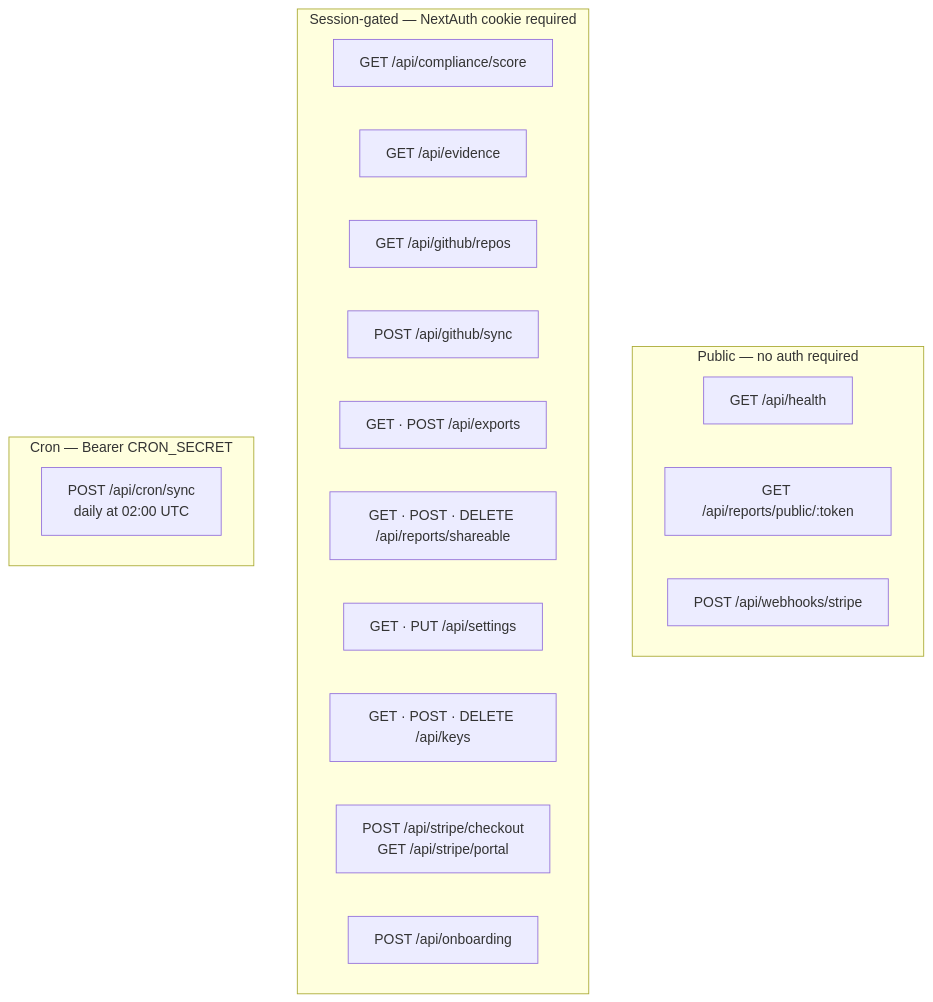
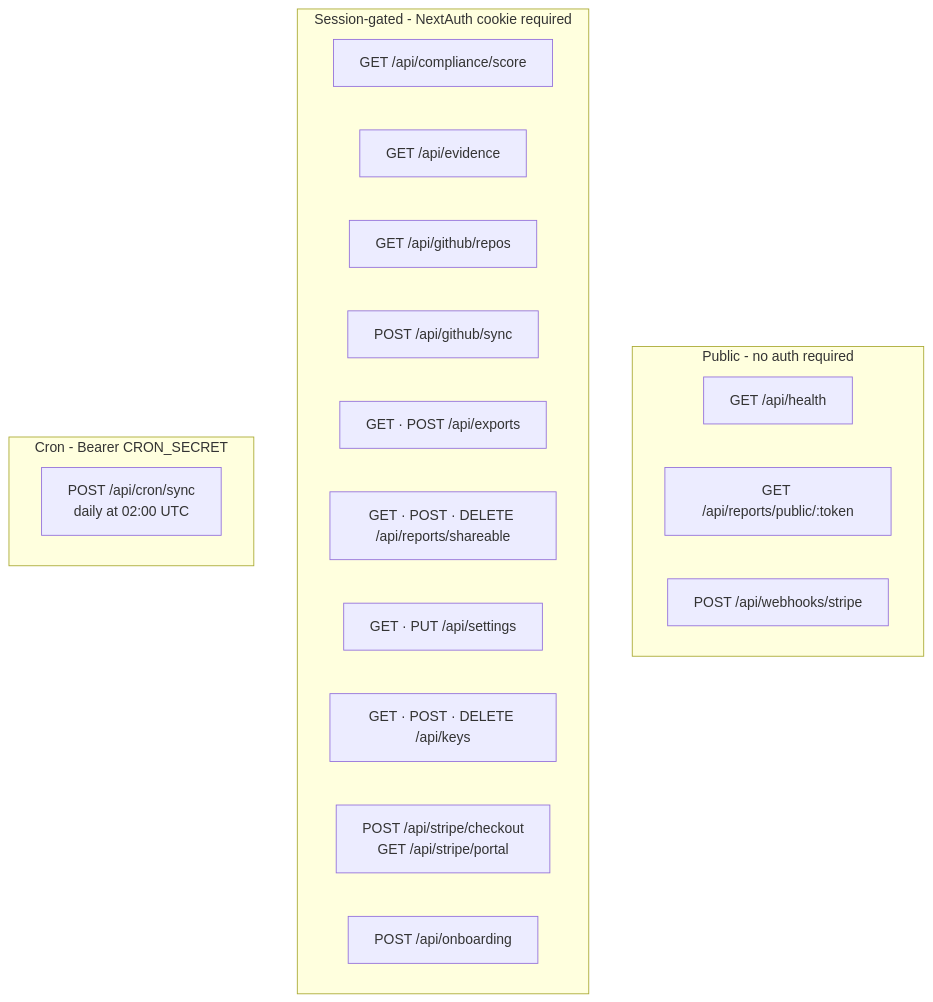
Diagram 12 of 13 in README.md (JohnJohnW/audittrail-dev), drawn with Mermaid before and after one commit. The commit also changed other lines of this file and 6 other files, not shown here.

````diff
--- a/README.md
+++ b/README.md
@@ -542,25 +542,25 @@
 ```mermaid
 graph TB
-    subgraph Public ["Public — no auth required"]
+    subgraph Public ["Public - no auth required"]
         P1[GET /api/health]
         P2[GET /api/reports/public/:token]
         P3[POST /api/webhooks/stripe]
     end
 
-    subgraph Auth ["Session-gated — NextAuth cookie required"]
+    subgraph Auth ["Session-gated - NextAuth cookie required"]
         A1[GET /api/compliance/score]
         A2[GET /api/evidence]
         A3[GET /api/github/repos]
         A4[POST /api/github/sync]
         A5[GET · POST /api/exports]
         A6[GET · POST · DELETE /api/reports/shareable]
         A7[GET · PUT /api/settings]
         A8[GET · POST · DELETE /api/keys]
         A9[POST /api/stripe/checkout\nGET /api/stripe/portal]
         A10[POST /api/onboarding]
     end
 
-    subgraph Cron ["Cron — Bearer CRON_SECRET"]
+    subgraph Cron ["Cron - Bearer CRON_SECRET"]
         C1[POST /api/cron/sync\ndaily at 02:00 UTC]
     end
 ```
````
